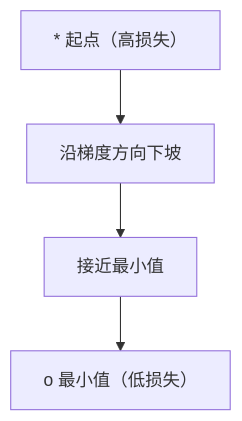
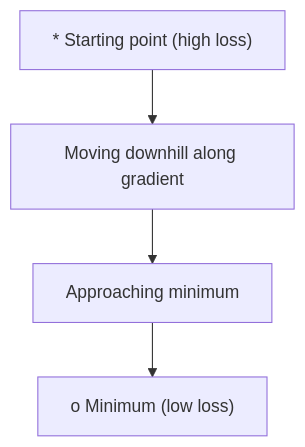
Before and after one commit to xiaojiaenen/ai-engineering-from-scratch-zh: the first of 5 diagrams in i18n/zh/phases/01-math-foundations/08-optimization/docs/zh.md, drawn with Mermaid. The commit also changed other lines of this file and 22 other files, not shown here.

````diff
--- a/i18n/zh/phases/01-math-foundations/08-optimization/docs/zh.md
+++ b/i18n/zh/phases/01-math-foundations/08-optimization/docs/zh.md
@@ -47,6 +47,6 @@
 ```mermaid
 graph TD
-    A["* 起点（高损失）"] --> B["沿梯度方向下坡"]
-    B --> C["接近最小值"]
-    C --> D["o 最小值（低损失）"]
+    A["* Starting point (high loss)"] --> B["Moving downhill along gradient"]
+    B --> C["Approaching minimum"]
+    C --> D["o Minimum (low loss)"]
 ```
````
